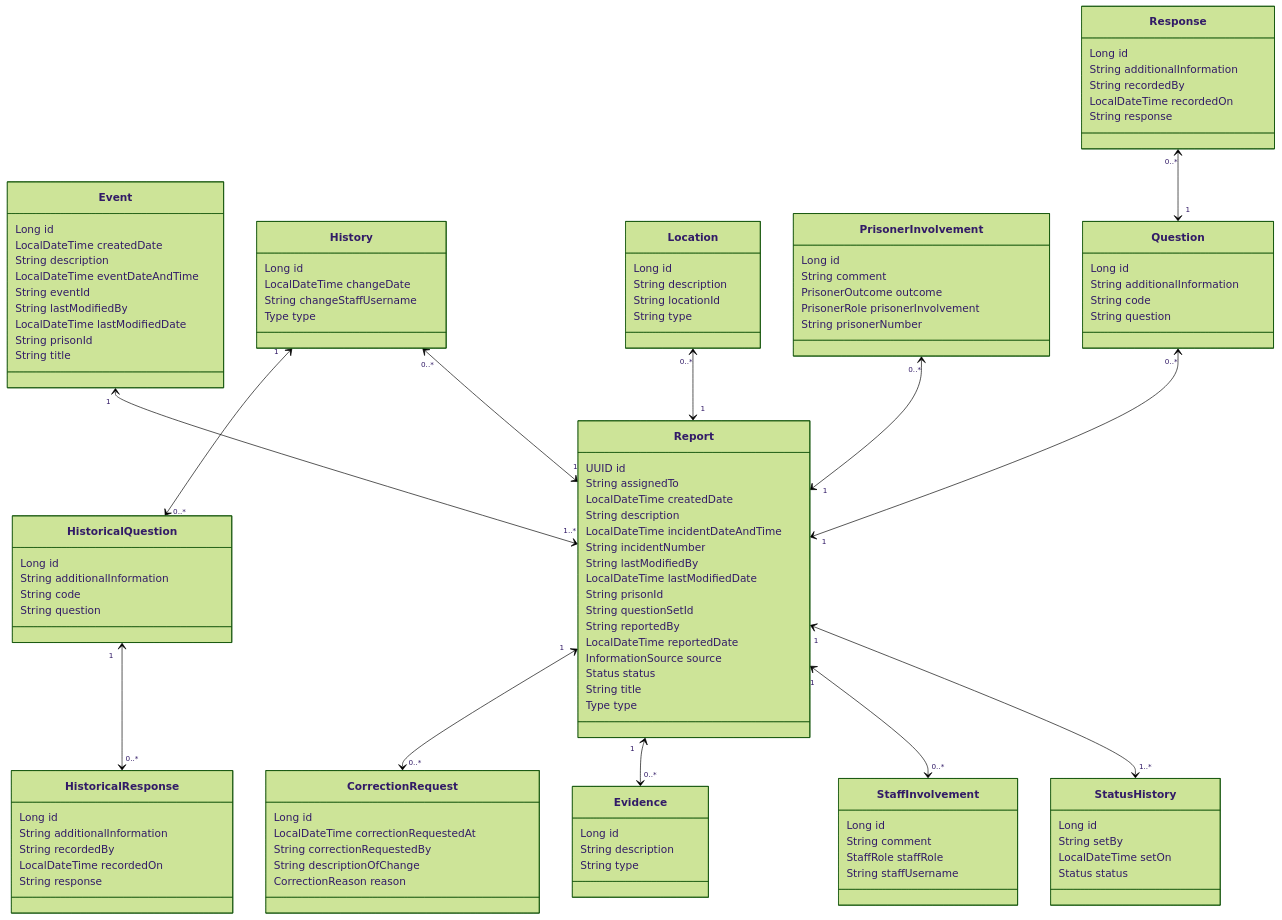
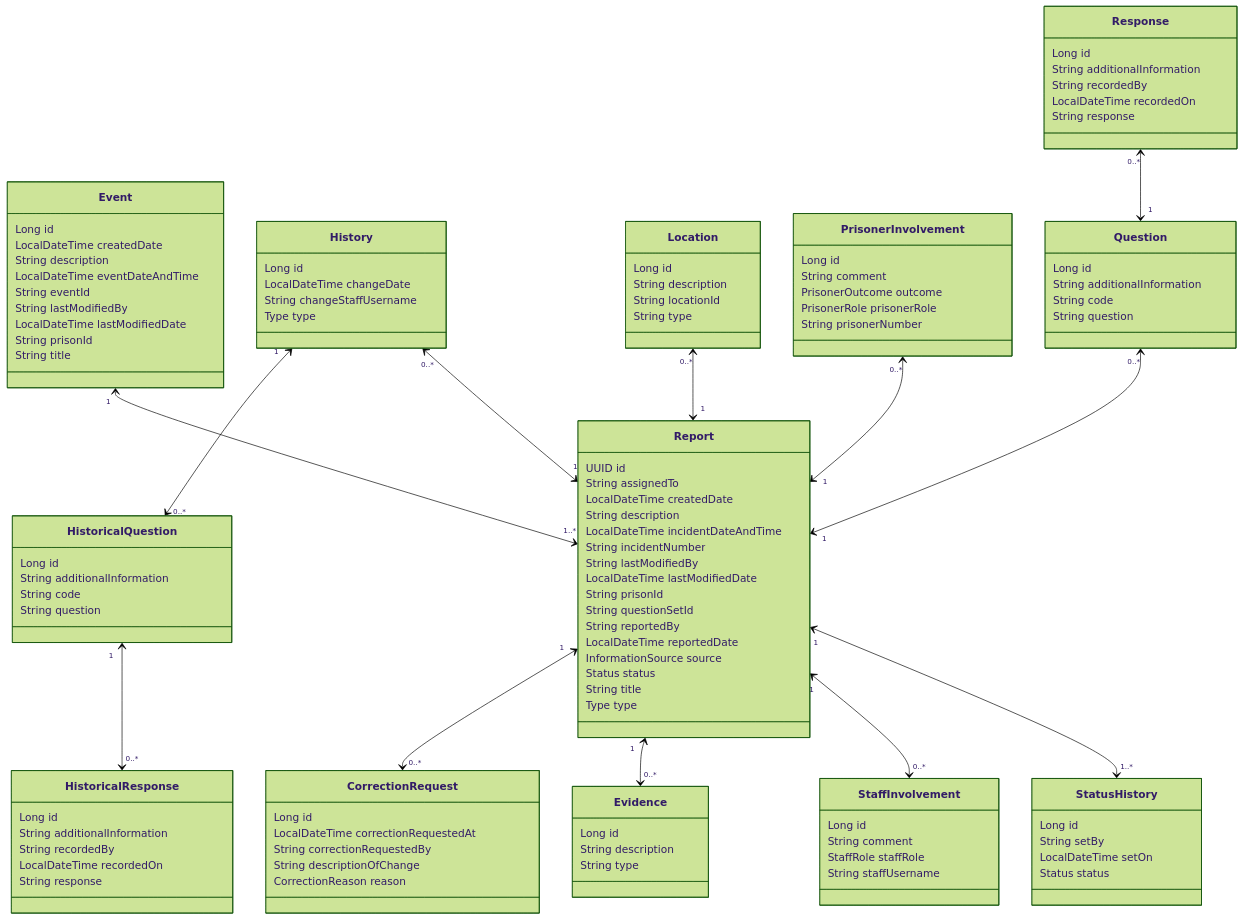
Before and after one commit to ministryofjustice/hmpps-incident-reporting-api: the first of 2 diagrams in docs/0004-modeling-irs.md, drawn with Mermaid (forest theme). The commit also changed 7 other files, not shown here.

Commit message:
SDIT-1370: Rename prisonerInvolvement to prisonerRole for API to avoid naming clash when using openapi-generator (#77)

```diff
--- a/docs/0004-modeling-irs.md
+++ b/docs/0004-modeling-irs.md
@@ -69,7 +69,7 @@
         Long  id
         String  comment
         PrisonerOutcome  outcome
-        PrisonerRole  prisonerInvolvement
+        PrisonerRole  prisonerRole
         String  prisonerNumber
     }
     class Question {
```
